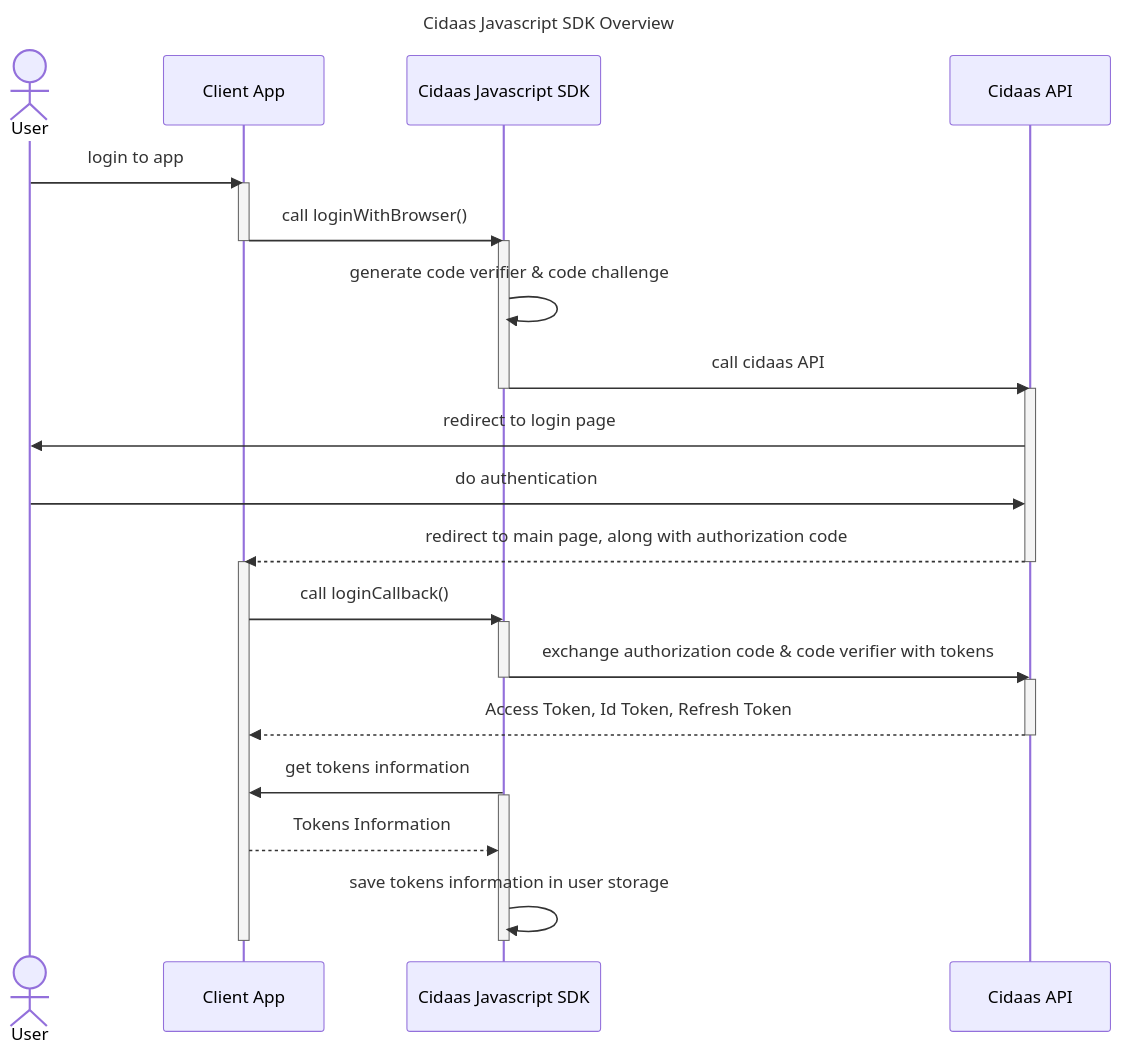
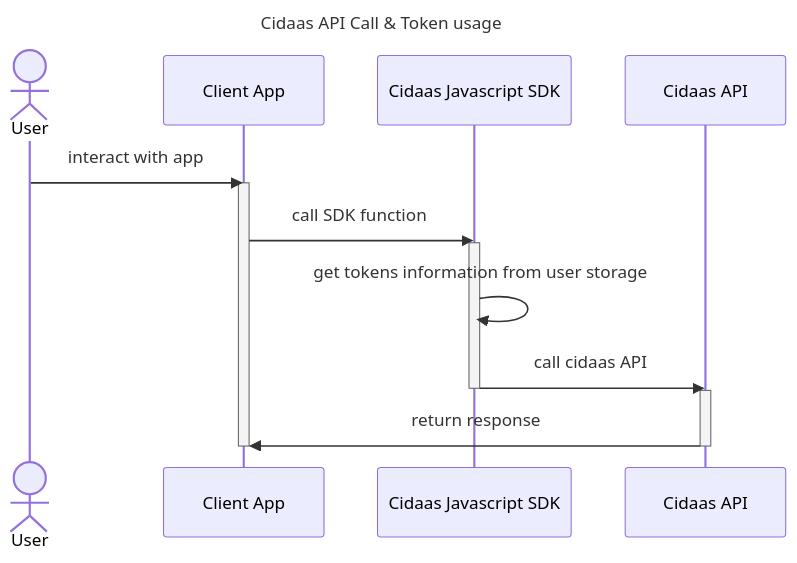
The second of 2 diagrams in overview.md (cidaas/cidaas-javascript-sdk), drawn with Mermaid before and after one commit. The commit also changed other lines of this file, not shown here.

````diff
--- a/overview.md
+++ b/overview.md
@@ -92,47 +83,26 @@
 ```mermaid
 ---
-title: Cidaas Javascript SDK Overview
+title: Cidaas API Call & Token usage
 ---
 sequenceDiagram
   Actor User
   participant ClientApp as Client App
   participant CidaasSDK as Cidaas Javascript SDK
   participant CidaasAPI as Cidaas API
 
-User ->> ClientApp: login to app
+User ->> ClientApp: interact with app
 
 activate ClientApp
-ClientApp ->> CidaasSDK: call loginWithBrowser()
-deactivate ClientApp
+ClientApp ->> CidaasSDK: call SDK function
 
 activate CidaasSDK
-CidaasSDK ->> CidaasSDK: generate code verifier & code challenge
+CidaasSDK ->> CidaasSDK: get tokens information from user storage
 CidaasSDK ->> CidaasAPI: call cidaas API
 deactivate CidaasSDK
 
 activate CidaasAPI
-CidaasAPI ->> User: redirect to login page
-User ->> CidaasAPI: do authentication
-CidaasAPI -->> ClientApp: redirect to main page, along with authorization code
+CidaasAPI ->> ClientApp: return response
 deactivate CidaasAPI
-
-activate ClientApp
-ClientApp ->> CidaasSDK: call loginCallback()
-
-activate CidaasSDK
-CidaasSDK ->> CidaasAPI: exchange authorization code & code verifier with tokens
-deactivate CidaasSDK
-
-activate CidaasAPI
-CidaasAPI -->> ClientApp: Access Token, Id Token, Refresh Token
-deactivate CidaasAPI
-
-CidaasSDK ->> ClientApp: get tokens information
-
-activate CidaasSDK
-ClientApp -->> CidaasSDK: Tokens Information
-CidaasSDK ->> CidaasSDK: save tokens information in user storage
-deactivate CidaasSDK
 
 deactivate ClientApp
 ```
````
